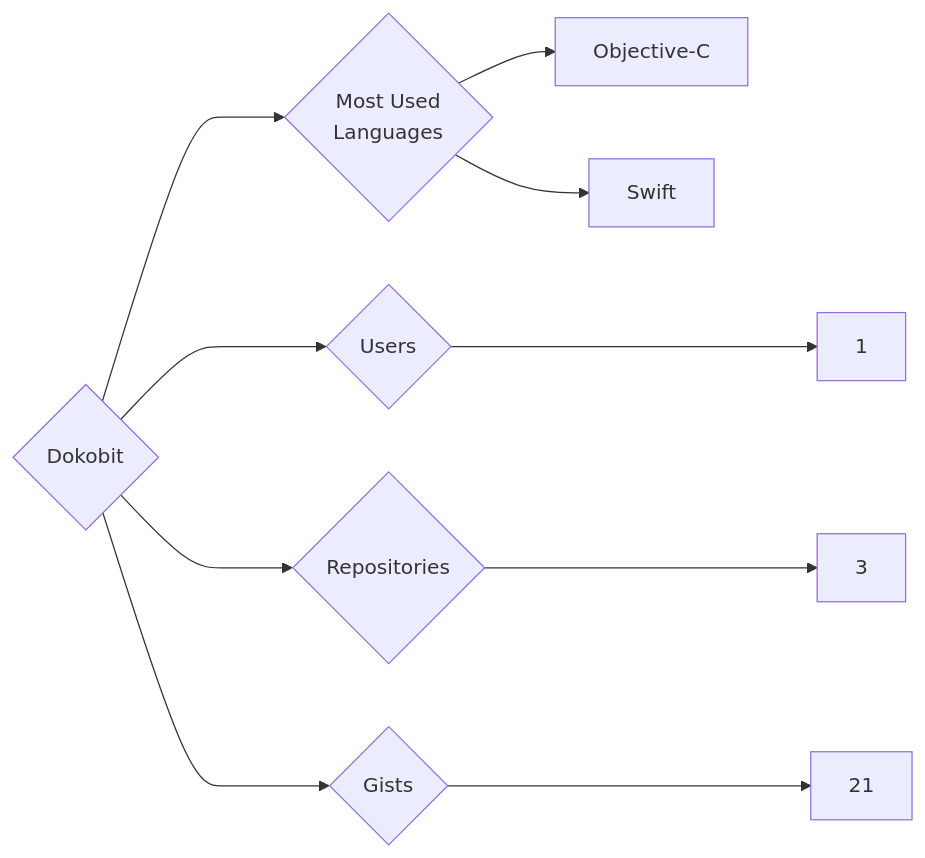
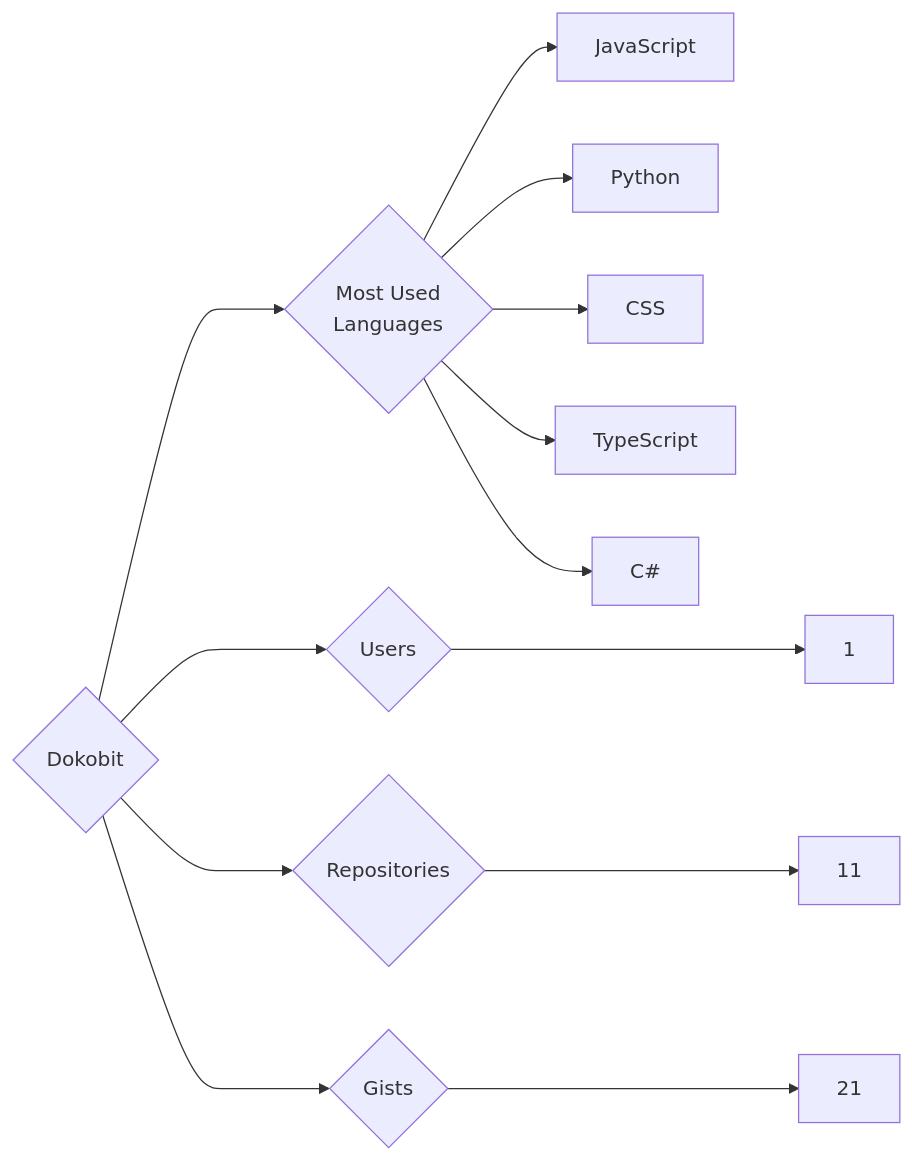
One commit to trickest/insiders changed the diagram in targets/Dokobit/README.md. Above: the diagram before and after it, drawn with Mermaid. The commit also changed 1120 other files, not shown here.

````diff
--- a/targets/Dokobit/README.md
+++ b/targets/Dokobit/README.md
@@ -3,10 +3,13 @@
 ```mermaid
 graph LR
 COMPANY_NAME{Dokobit}
 COMPANY_NAME ---> U{Users} ---> UN[1]
-COMPANY_NAME ---> R{Repositories} ---> RN[3]
+COMPANY_NAME ---> R{Repositories} ---> RN[11]
 COMPANY_NAME ---> G{Gists} ---> GN[21]
 COMPANY_NAME ---> ML{Most Used<br>Languages}
-ML --> Objective-C[Objective-C]
-ML --> Swift[Swift]
+ML --> JavaScript[JavaScript]
+ML --> Python[Python]
+ML --> CSS[CSS]
+ML --> TypeScript[TypeScript]
+ML --> C#[C#]
 ```
````
